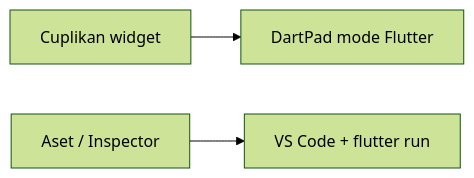
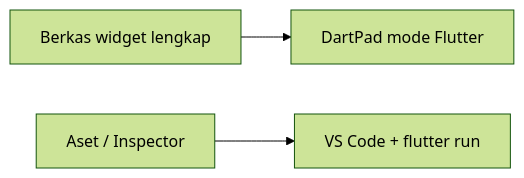
The first of 5 diagrams in modul-02-ui/README.md (antonprafanto/mobile2026), drawn with Mermaid (forest theme) before and after one commit. The commit also changed other lines of this file and 6 other files, not shown here.

Commit message:
Fix Modul 02 widget labels and make DartPad tests full files so the GitHub article matches what readers can actually run.

````diff
--- a/modul-02-ui/README.md
+++ b/modul-02-ui/README.md
@@ -18,5 +18,5 @@
 ```mermaid
 flowchart LR
-  A["Cuplikan widget"] --> B["DartPad mode Flutter"]
+  A["Berkas widget lengkap"] --> B["DartPad mode Flutter"]
   C["Aset / Inspector"] --> D["VS Code + flutter run"]
 ```
````
